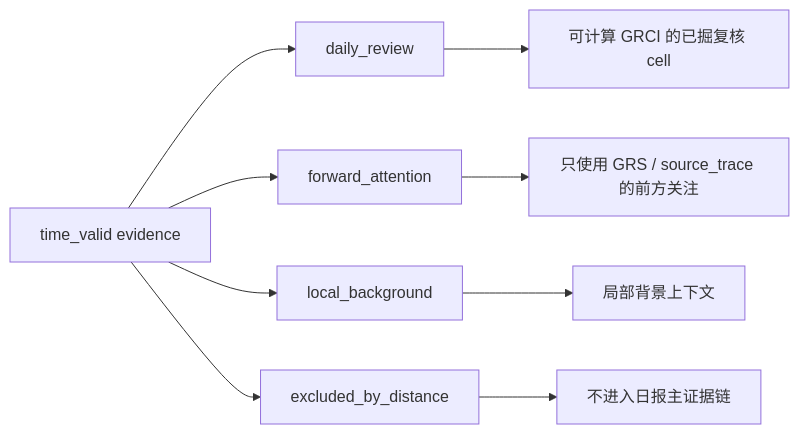
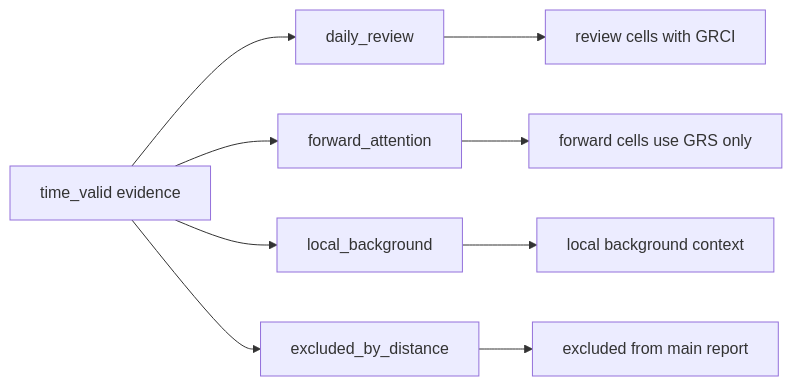
The second of 3 diagrams in backend/docs/README.md (xiaodazhao/tbm-report), drawn with Mermaid before and after one commit. The commit also changed other lines of this file and 1 other file, not shown here.

Commit message:
Fix GitHub Mermaid diagram rendering

````diff
--- a/backend/docs/README.md
+++ b/backend/docs/README.md
@@ -67,12 +67,12 @@
 ```mermaid
 flowchart LR
     A[time_valid evidence] --> B[daily_review]
     A --> C[forward_attention]
     A --> D[local_background]
     A --> E[excluded_by_distance]
 
-    B --> F[可计算 GRCI 的已掘复核 cell]
-    C --> G[只使用 GRS / source_trace 的前方关注]
-    D --> H[局部背景上下文]
-    E --> I[不进入日报主证据链]
+    B --> F[review cells with GRCI]
+    C --> G[forward cells use GRS only]
+    D --> H[local background context]
+    E --> I[excluded from main report]
 ```
````
